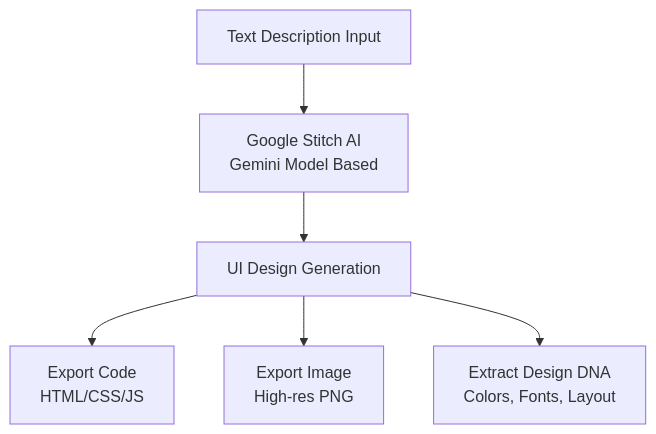
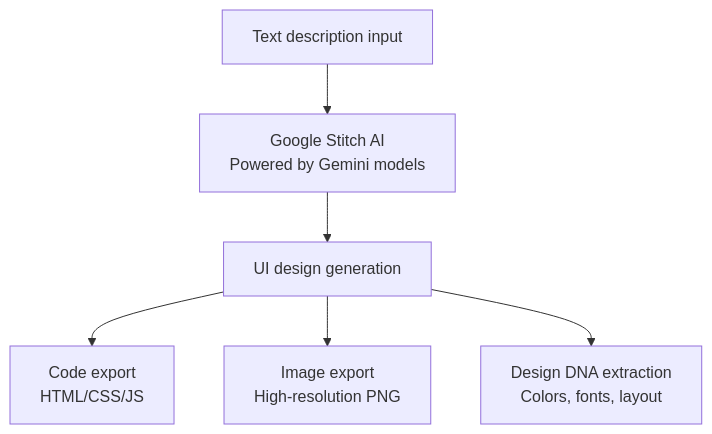
Before and after one commit to modu-ai/moai-adk: the first of 3 diagrams in docs-site/content/en/advanced/stitch-guide.md, drawn with Mermaid. The commit also changed other lines of this file and 395 other files, not shown here.

````diff
--- a/docs-site/content/en/advanced/stitch-guide.md
+++ b/docs-site/content/en/advanced/stitch-guide.md
@@ -19,8 +19,8 @@
 ```mermaid
 flowchart TD
-    A["Text Description Input"] --> B["Google Stitch AI<br>Gemini Model Based"]
-    B --> C["UI Design Generation"]
-    C --> D["Export Code<br>HTML/CSS/JS"]
-    C --> E["Export Image<br>High-res PNG"]
-    C --> F["Extract Design DNA<br>Colors, Fonts, Layout"]
+    A["Text description input"] --> B["Google Stitch AI<br>Powered by Gemini models"]
+    B --> C["UI design generation"]
+    C --> D["Code export<br>HTML/CSS/JS"]
+    C --> E["Image export<br>High-resolution PNG"]
+    C --> F["Design DNA extraction<br>Colors, fonts, layout"]
 ```
````
